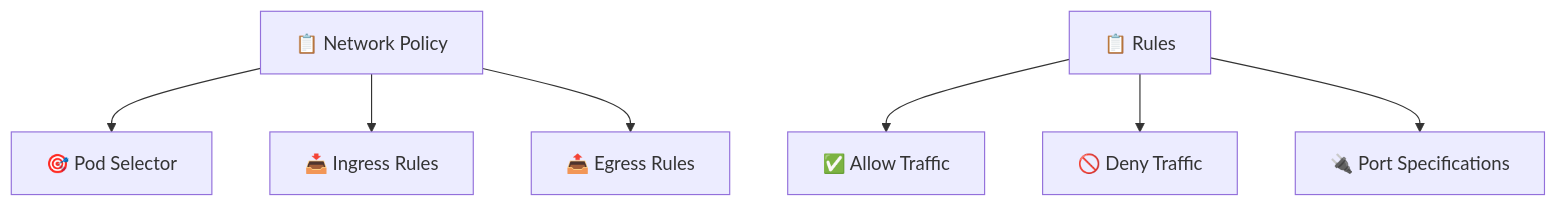
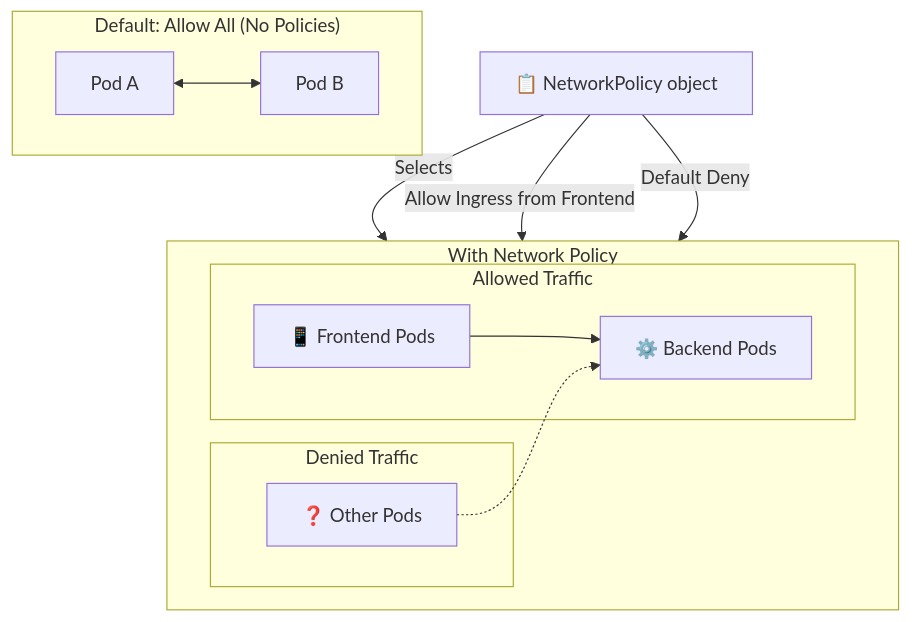
Diagram 19 of 50 in Kubernetes_Visual_Interview_Prep.md (satishkumar-dhule/EA-SRE-prep), drawn with Mermaid before and after one commit. The commit also changed other lines of this file and 5 other files, not shown here.

````diff
--- a/Kubernetes_Visual_Interview_Prep.md
+++ b/Kubernetes_Visual_Interview_Prep.md
@@ -343,10 +662,21 @@
 ```mermaid
 graph TD
-    Policy[📋 Network Policy] --> Selector[🎯 Pod Selector]
-    Policy --> Ingress[📥 Ingress Rules]
-    Policy --> Egress[📤 Egress Rules]
-    
-    Rules[📋 Rules] --> Allow[✅ Allow Traffic]
-    Rules --> Deny[🚫 Deny Traffic]
-    Rules --> Ports[🔌 Port Specifications]
+    subgraph "Default: Allow All (No Policies)"
+        PodA1[Pod A] <--> PodB1[Pod B]
+    end
+
+    subgraph "With Network Policy"
+        direction LR
+        subgraph "Allowed Traffic"
+            Frontend[📱 Frontend Pods] --> Backend[⚙️ Backend Pods]
+        end
+        
+        subgraph "Denied Traffic"
+            Other[❓ Other Pods] -.-> Backend
+        end
+    end
+
+    Policy[📋 NetworkPolicy object] -- Selects --> Backend
+    Policy -- "Allow Ingress from Frontend" --> Frontend
+    Policy -- "Default Deny" --> Other
 ```
````
